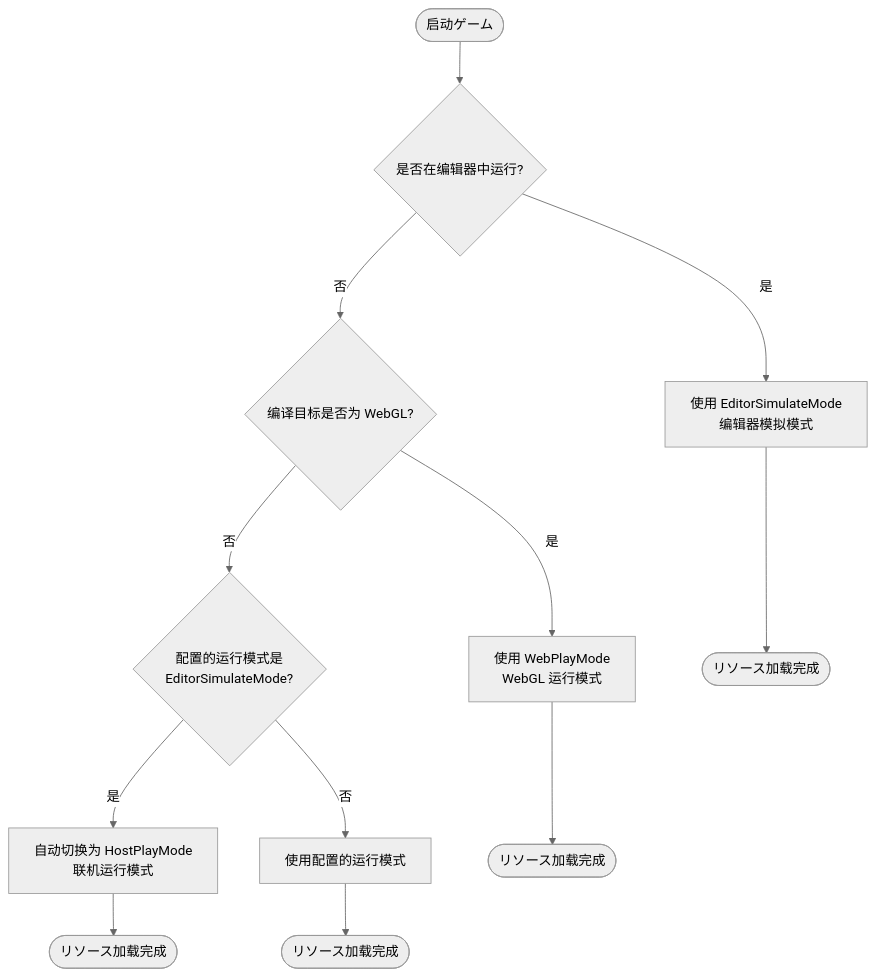
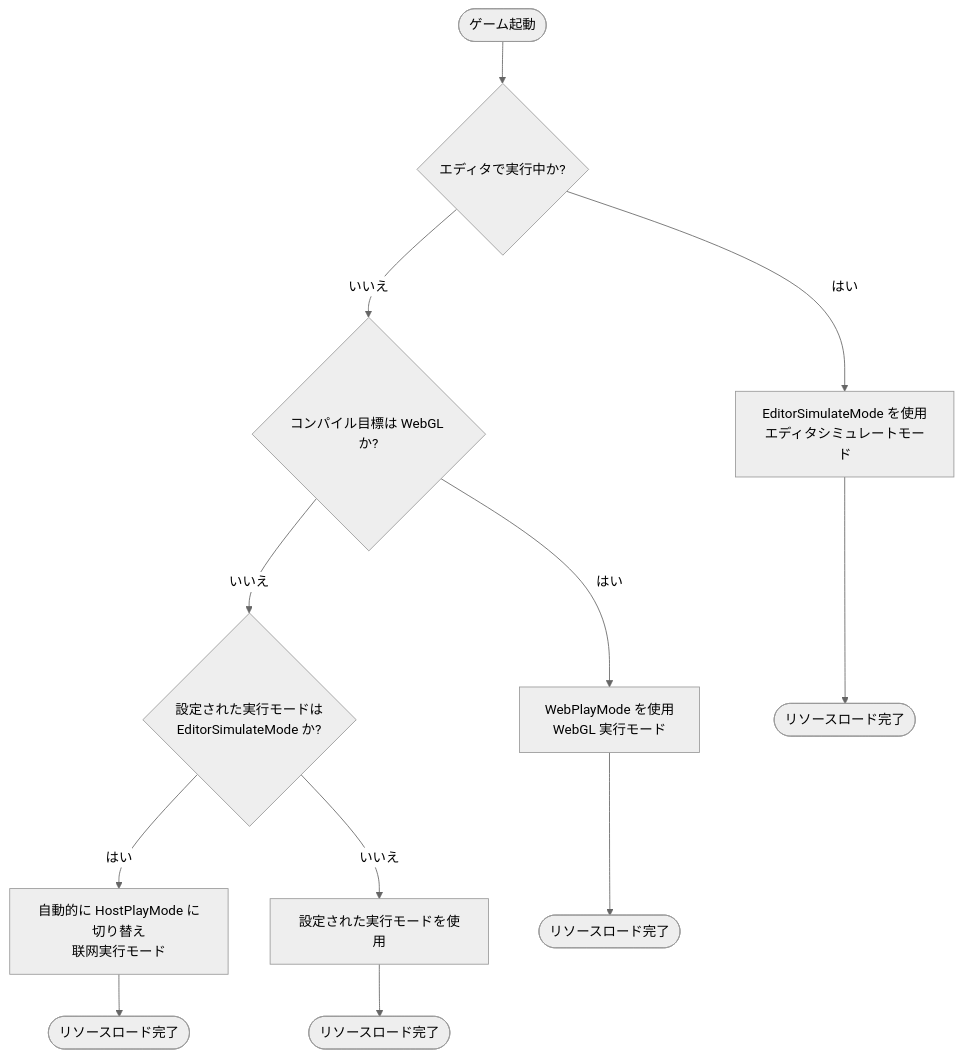
The first of 2 diagrams in docs/ja/client/unity/component/asset/16.platforms.md (AlianBlank/GameFrameX.Docs), drawn with Mermaid (neutral theme) before and after one commit. The commit also changed other lines of this file and 320 other files, not shown here.

````diff
--- a/docs/ja/client/unity/component/asset/16.platforms.md
+++ b/docs/ja/client/unity/component/asset/16.platforms.md
@@ -44,18 +44,18 @@
 ```mermaid
 flowchart TD
-    Start([启动ゲーム]) --> EditorMode{是否在编辑器中运行?}
-    
-    EditorMode -->|是| SimulateMode[使用 EditorSimulateMode<br/>编辑器模拟模式]
-    EditorMode -->|否| WebGLCheck{编译目标是否为 WebGL?}
-    
-    WebGLCheck -->|是| WebMode[使用 WebPlayMode<br/>WebGL 运行模式]
-    WebGLCheck -->|否| ConfigCheck{配置的运行模式是<br/>EditorSimulateMode?}
-    
-    ConfigCheck -->|是| HostMode[自动切换为 HostPlayMode<br/>联机运行模式]
-    ConfigCheck -->|否| UseConfig[使用配置的运行模式]
-    
-    SimulateMode --> End1([リソース加载完成])
-    WebMode --> End2([リソース加载完成])
-    HostMode --> End3([リソース加载完成])
-    UseConfig --> End4([リソース加载完成])
+    Start([ゲーム起動]) --> EditorMode{エディタで実行中か?}
+
+    EditorMode -->|はい| SimulateMode[EditorSimulateMode を使用<br/>エディタシミュレートモード]
+    EditorMode -->|いいえ| WebGLCheck{コンパイル目標は WebGL か?}
+
+    WebGLCheck -->|はい| WebMode[WebPlayMode を使用<br/>WebGL 実行モード]
+    WebGLCheck -->|いいえ| ConfigCheck{設定された実行モードは<br/>EditorSimulateMode か?}
+
+    ConfigCheck -->|はい| HostMode[自動的に HostPlayMode に切り替え<br/>联网実行モード]
+    ConfigCheck -->|いいえ| UseConfig[設定された実行モードを使用]
+
+    SimulateMode --> End1([リソースロード完了])
+    WebMode --> End2([リソースロード完了])
+    HostMode --> End3([リソースロード完了])
+    UseConfig --> End4([リソースロード完了])
 ```
````
